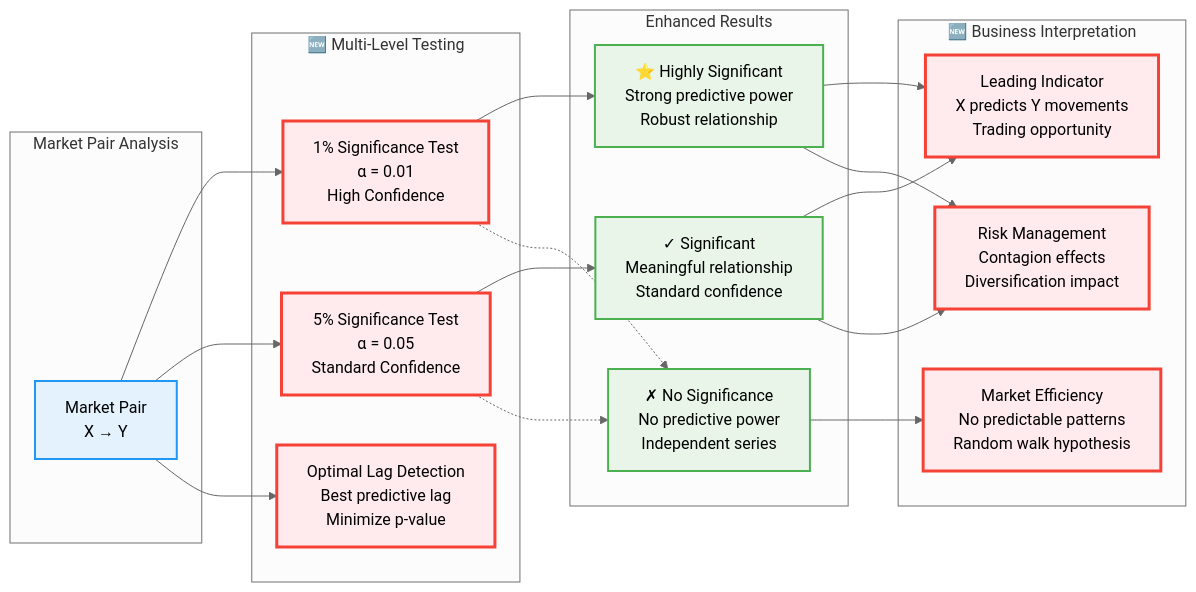
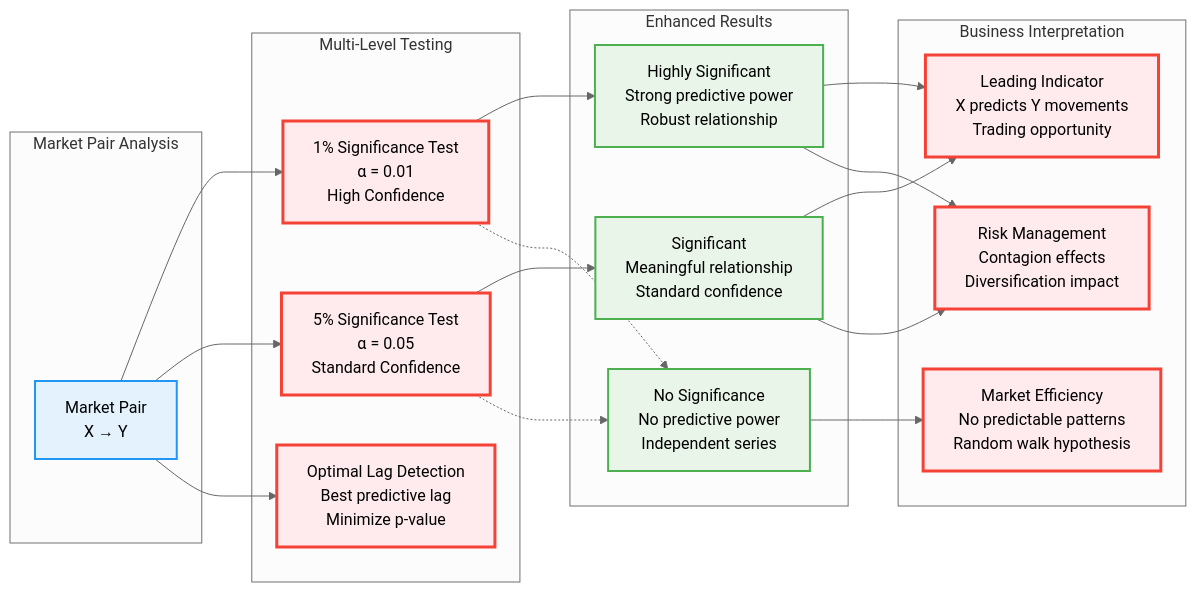
Before and after one commit to garthmortensen/timeseries-api: the sixth of 6 diagrams in README.md, drawn with Mermaid (neutral theme). The commit also changed other lines of this file and 1 other file, not shown here.

Commit message:
fix(rate-limits): adjust api rate limits for testing

````diff
--- a/README.md
+++ b/README.md
@@ -894,46 +952,46 @@
 ```mermaid
 flowchart LR
     %% Styling
     classDef input fill:#E3F2FD,color:#000,stroke:#2196F3,stroke-width:2px
     classDef test fill:#FFF8E1,color:#000,stroke:#FFC107,stroke-width:2px
     classDef result fill:#E8F5E8,color:#000,stroke:#4CAF50,stroke-width:2px
     classDef enhanced fill:#FFEBEE,color:#000,stroke:#F44336,stroke-width:3px
     
     subgraph "Market Pair Analysis"
         SeriesPair["Market Pair<br/>X → Y"]:::input
     end
     
-    subgraph "🆕 Multi-Level Testing"
+    subgraph "Multi-Level Testing"
         Test1pct["1% Significance Test<br/>α = 0.01<br/>High Confidence"]:::enhanced
         Test5pct["5% Significance Test<br/>α = 0.05<br/>Standard Confidence"]:::enhanced
         OptimalLag["Optimal Lag Detection<br/>Best predictive lag<br/>Minimize p-value"]:::enhanced
     end
     
     subgraph "Enhanced Results"
-        Result1pct["⭐ Highly Significant<br/>Strong predictive power<br/>Robust relationship"]:::result
-        Result5pct["✓ Significant<br/>Meaningful relationship<br/>Standard confidence"]:::result
-        ResultNone["✗ No Significance<br/>No predictive power<br/>Independent series"]:::result
+        Result1pct["Highly Significant<br/>Strong predictive power<br/>Robust relationship"]:::result
+        Result5pct["Significant<br/>Meaningful relationship<br/>Standard confidence"]:::result
+        ResultNone["No Significance<br/>No predictive power<br/>Independent series"]:::result
     end
     
-    subgraph "🆕 Business Interpretation"
+    subgraph "Business Interpretation"
         LeadingIndicator["Leading Indicator<br/>X predicts Y movements<br/>Trading opportunity"]:::enhanced
         MarketEfficiency["Market Efficiency<br/>No predictable patterns<br/>Random walk hypothesis"]:::enhanced
         RiskManagement["Risk Management<br/>Contagion effects<br/>Diversification impact"]:::enhanced
     end
     
     %% Connections
     SeriesPair --> Test1pct
     SeriesPair --> Test5pct
     SeriesPair --> OptimalLag
     
     Test1pct --> Result1pct
     Test5pct --> Result5pct
     Test1pct -.-> ResultNone
     Test5pct -.-> ResultNone
     
     Result1pct --> LeadingIndicator
     Result5pct --> LeadingIndicator
     ResultNone --> MarketEfficiency
     Result1pct --> RiskManagement
     Result5pct --> RiskManagement
 ```
````
